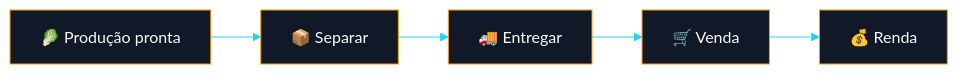
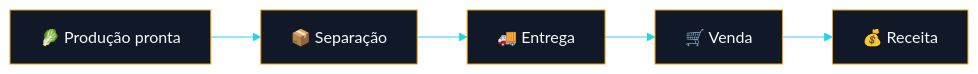
One commit to Henri-Di/Terra-Conecta changed the second of 2 diagrams in README.md. Above: the diagram before and after it, drawn with Mermaid. The commit also changed other lines of this file, not shown here.

````diff
--- a/README.md
+++ b/README.md
@@ -134,16 +174,16 @@
 ```mermaid
 %%{init: {'theme':'base','themeVariables':{
 'primaryColor':'#111827',
 'primaryTextColor':'#f8fafc',
 'primaryBorderColor':'#f59e0b',
 'lineColor':'#22d3ee',
 'secondaryColor':'#0f172a',
 'tertiaryColor':'#1e293b',
 'background':'#020617'
 }}}%%
 flowchart LR
-A[🥬 Produção pronta] --> B[📦 Separar]
-B --> C[🚚 Entregar]
+A[🥬 Produção pronta] --> B[📦 Separação]
+B --> C[🚚 Entrega]
 C --> D[🛒 Venda]
-D --> E[💰 Renda]
+D --> E[💰 Receita]
 ```
````
